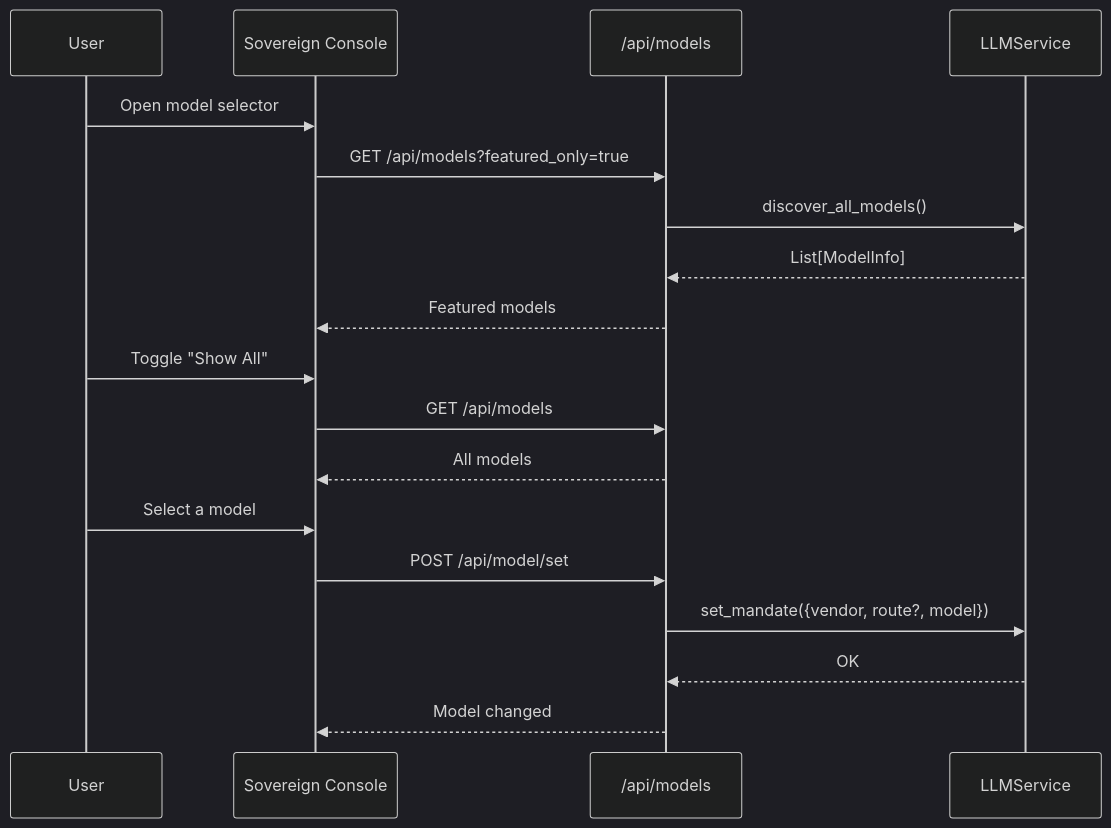
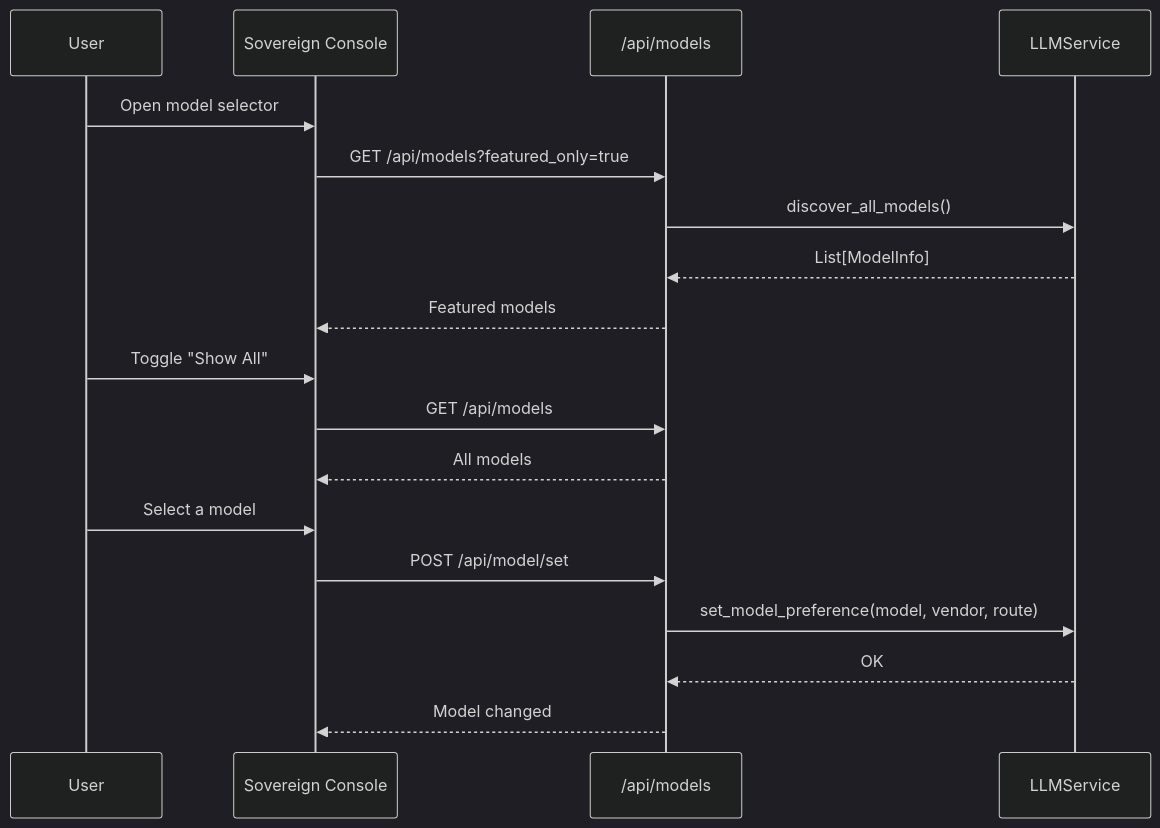
Before and after one commit to KestrelSovereignAI/kestrel-sovereign: diagram 14 of 14 in docs/diagrams/06-llm-management.md, drawn with Mermaid (dark theme). The commit also changed 1 other file, not shown here.

````diff
--- a/docs/diagrams/06-llm-management.md
+++ b/docs/diagrams/06-llm-management.md
@@ -412,23 +412,23 @@
 ```mermaid
 sequenceDiagram
     participant U as User
     participant UI as Sovereign Console
     participant API as /api/models
     participant LLM as LLMService
 
     U->>UI: Open model selector
     UI->>API: GET /api/models?featured_only=true
     API->>LLM: discover_all_models()
     LLM-->>API: List[ModelInfo]
     API-->>UI: Featured models
 
     U->>UI: Toggle "Show All"
     UI->>API: GET /api/models
     API-->>UI: All models
 
     U->>UI: Select a model
     UI->>API: POST /api/model/set
-    API->>LLM: set_mandate({vendor, route?, model})
+    API->>LLM: set_model_preference(model, vendor, route)
     LLM-->>API: OK
     API-->>UI: Model changed
 ```
````
